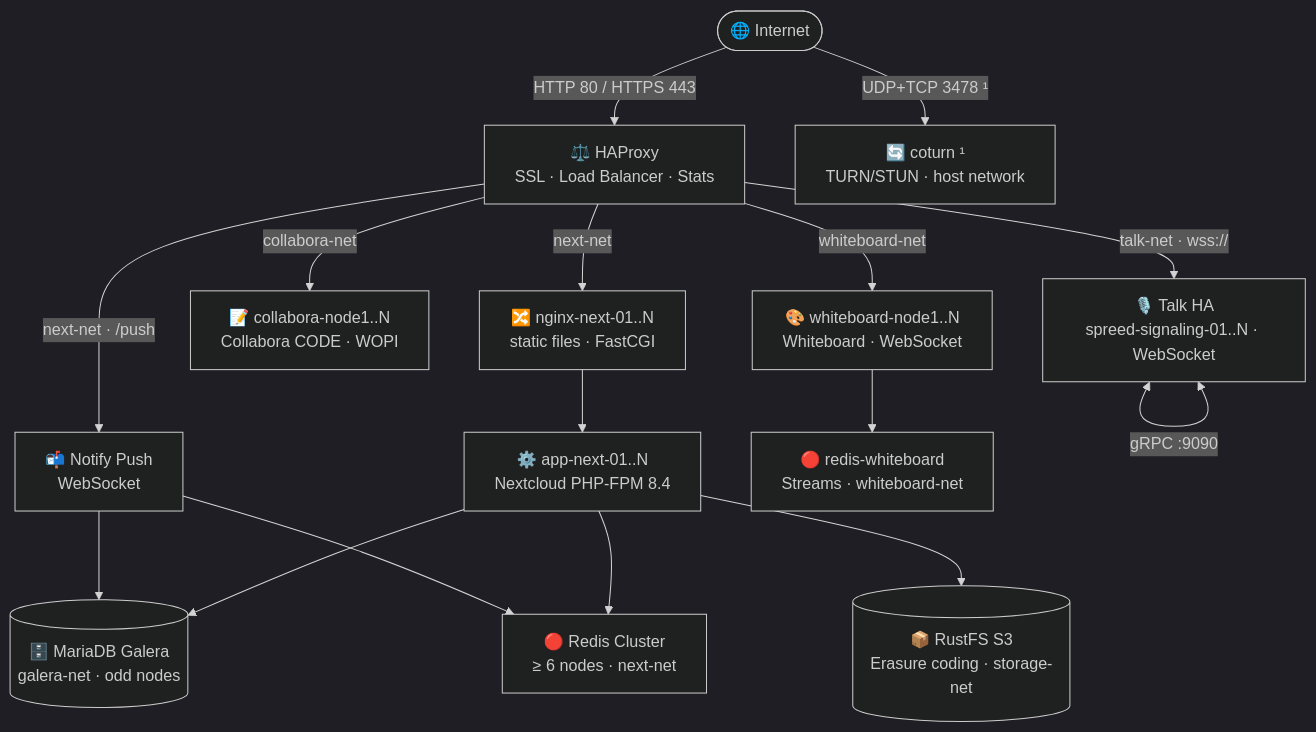
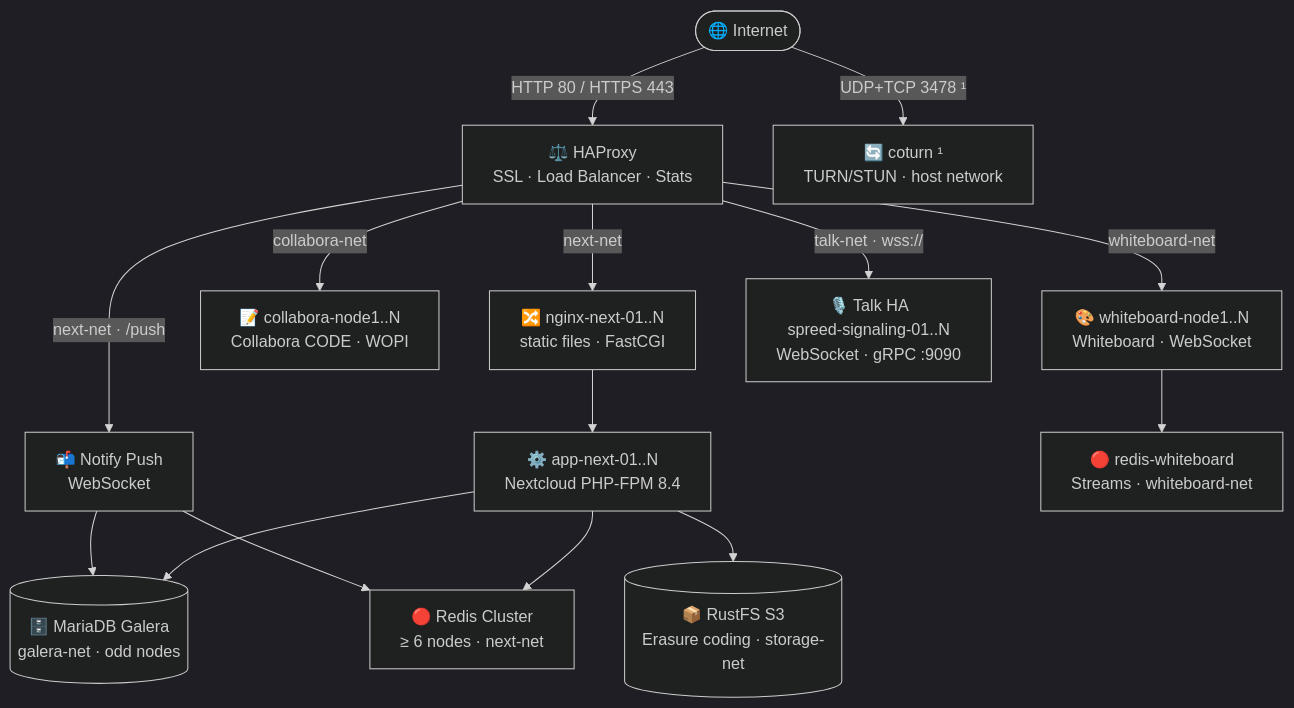
The diagram in README.md (oboeglen/Azure-NXT-Maxscale), drawn with Mermaid (dark theme) before and after one commit.

Commit message:
docs(mermaid): move gRPC into node label — self-loop renders badly on GitHub

````diff
--- a/README.md
+++ b/README.md
@@ -141,28 +141,26 @@
 ```mermaid
 flowchart TD
     Internet(["🌐 Internet"]) -->|"HTTP 80 / HTTPS 443"| HAProxy
     Internet -->|"UDP+TCP 3478 ¹"| coturn
 
     HAProxy["⚖️ HAProxy\nSSL · Load Balancer · Stats"]
 
     HAProxy -->|"next-net · /push"| npush["📬 Notify Push\nWebSocket"]
     HAProxy -->|next-net| nginx["🔀 nginx-next-01..N\nstatic files · FastCGI"]
     HAProxy -->|collabora-net| collab["📝 collabora-node1..N\nCollabora CODE · WOPI"]
     HAProxy -->|whiteboard-net| wb["🎨 whiteboard-node1..N\nWhiteboard · WebSocket"]
-    HAProxy -->|"talk-net · wss://"| sig["🎙️ Talk HA\nspreed-signaling-01..N · WebSocket"]
+    HAProxy -->|"talk-net · wss://"| sig["🎙️ Talk HA\nspreed-signaling-01..N\nWebSocket · gRPC :9090"]
 
     nginx --> fpm["⚙️ app-next-01..N\nNextcloud PHP-FPM 8.4"]
 
     fpm --> galera[("🗄️ MariaDB Galera\ngalera-net · odd nodes")]
     fpm --> redis["🔴 Redis Cluster\n≥ 6 nodes · next-net"]
     fpm --> rustfs[("📦 RustFS S3\nErasure coding · storage-net")]
 
     wb --> redis_wb["🔴 redis-whiteboard\nStreams · whiteboard-net"]
 
-    sig <-->|"gRPC :9090"| sig
-
     npush --> redis
     npush --> galera
 
     coturn["🔄 coturn ¹\nTURN/STUN · host network"]
 ```
````
